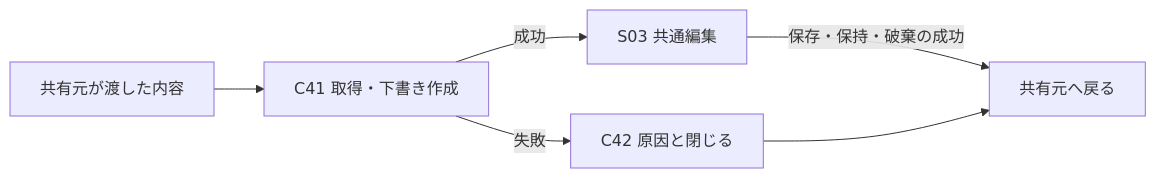
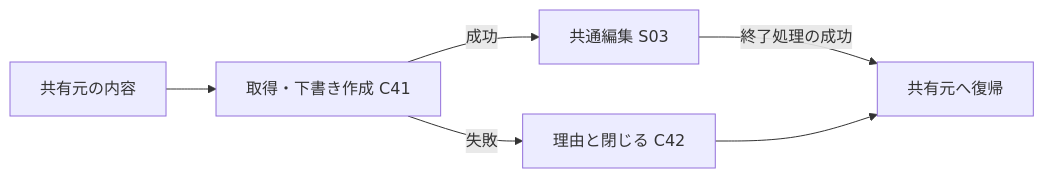
One commit to 9uiLe/nibble changed the fourth of 4 diagrams in docs/design/screens.md. Above: the diagram before and after it, drawn with Mermaid. The commit also changed other lines of this file and 11 other files, not shown here.

````diff
--- a/docs/design/screens.md
+++ b/docs/design/screens.md
@@ -145,8 +163,8 @@
 ```mermaid
 flowchart LR
-    A[共有元が渡した内容] --> B[C41 取得・下書き作成]
-    B -->|成功| C[S03 共通編集]
-    B -->|失敗| D[C42 原因と閉じる]
-    C -->|保存・保持・破棄の成功| E[共有元へ戻る]
+    A[共有元の内容] --> B[取得・下書き作成 C41]
+    B -->|成功| C[共通編集 S03]
+    B -->|失敗| D[理由と閉じる C42]
+    C -->|終了処理の成功| E[共有元へ復帰]
     D --> E
 ```
````
